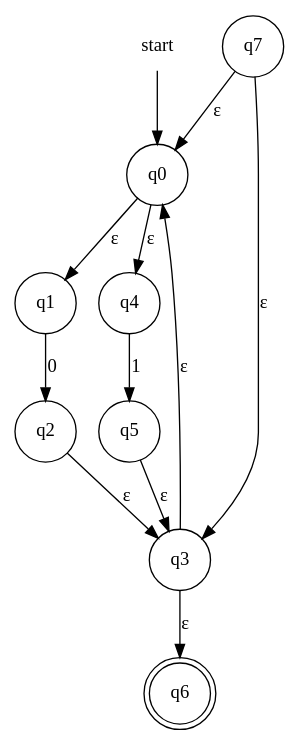
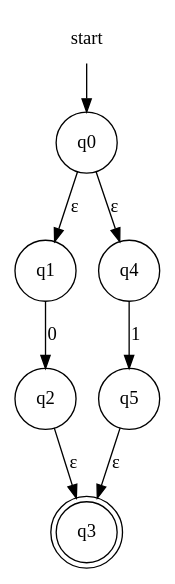
The diagram in fase1/RE-eNFA/regex_7.dot (evertheylen/TA_TO), drawn with Graphviz before and after one commit. The commit also changed 13 other files, not shown here.

```diff
--- a/fase1/RE-eNFA/regex_7.dot
+++ b/fase1/RE-eNFA/regex_7.dot
@@ -1,16 +1,12 @@
 digraph automaton {
     node [shape=none]; start;
-    node [shape=doublecircle]; "q6";
+    node [shape=doublecircle]; "q3";
     node [shape=circle];
     start -> "q0";
     "q0" -> "q1" [label="&epsilon;"];
     "q0" -> "q4" [label="&epsilon;"];
     "q1" -> "q2" [label="0"];
     "q2" -> "q3" [label="&epsilon;"];
-    "q3" -> "q0" [label="&epsilon;"];
-    "q3" -> "q6" [label="&epsilon;"];
     "q4" -> "q5" [label="1"];
     "q5" -> "q3" [label="&epsilon;"];
-    "q7" -> "q0" [label="&epsilon;"];
-    "q7" -> "q3" [label="&epsilon;"];
 }
```
